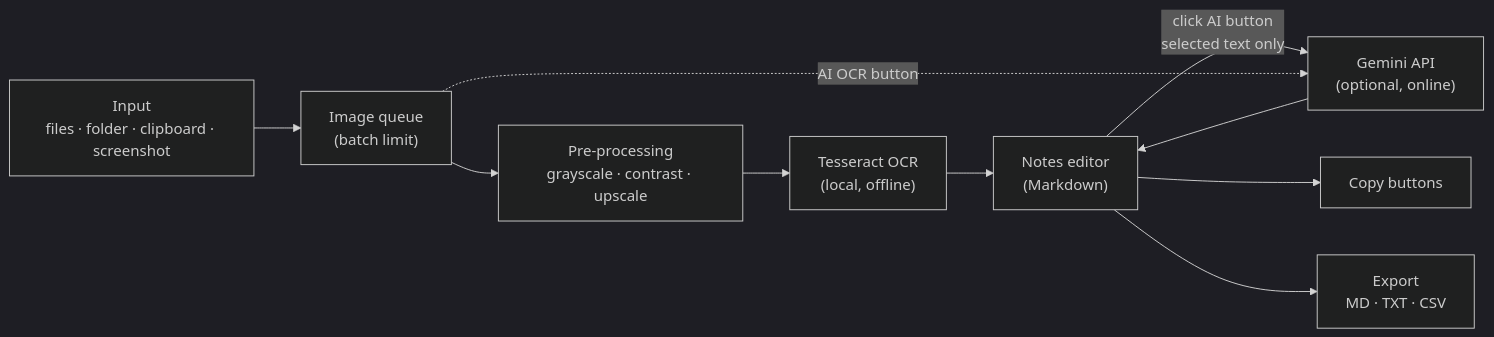
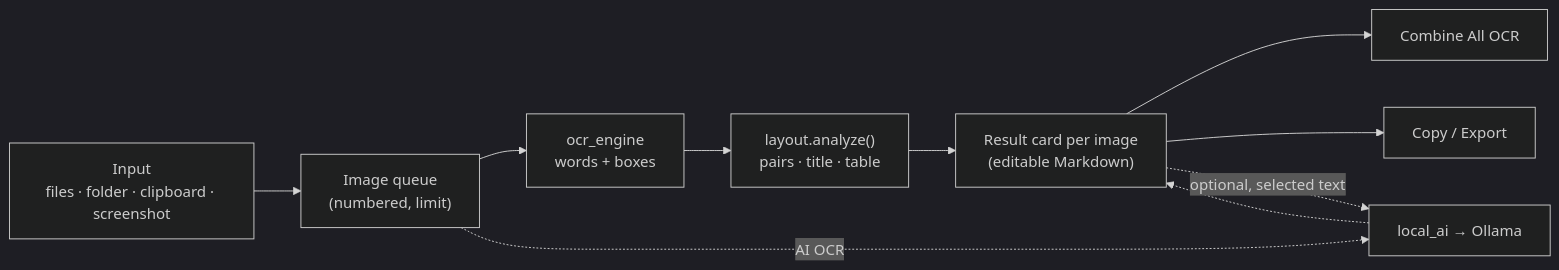
The first of 4 diagrams in docs/ARCHITECTURE.md (awsrmmustansarjavaid/charliemj-ocr-studio), drawn with Mermaid (dark theme) before and after one commit. The commit also changed other lines of this file and 36 other files, not shown here.

````diff
--- a/docs/ARCHITECTURE.md
+++ b/docs/ARCHITECTURE.md
@@ -9,12 +24,12 @@
 ```mermaid
 flowchart LR
-    A["Input<br/>files · folder · clipboard · screenshot"] --> B["Image queue<br/>(batch limit)"]
-    B --> C["Pre-processing<br/>grayscale · contrast · upscale"]
-    C --> D["Tesseract OCR<br/>(local, offline)"]
-    D --> E["Notes editor<br/>(Markdown)"]
-    E -->|"click AI button<br/>selected text only"| F["Gemini API<br/>(optional, online)"]
-    F --> E
-    E --> G["Copy buttons"]
-    E --> H["Export<br/>MD · TXT · CSV"]
-    B -.->|"AI OCR button"| F
+    A["Input<br/>files · folder · clipboard · screenshot"] --> B["Image queue<br/>(numbered, limit)"]
+    B --> C["ocr_engine<br/>words + boxes"]
+    C --> D["layout.analyze()<br/>pairs · title · table"]
+    D --> E["Result card per image<br/>(editable Markdown)"]
+    E --> F["Combine All OCR"]
+    E --> G["Copy / Export"]
+    E -.->|"optional, selected text"| H["local_ai → Ollama"]
+    B -.->|"AI OCR"| H
+    H -.-> E
 ```
````
